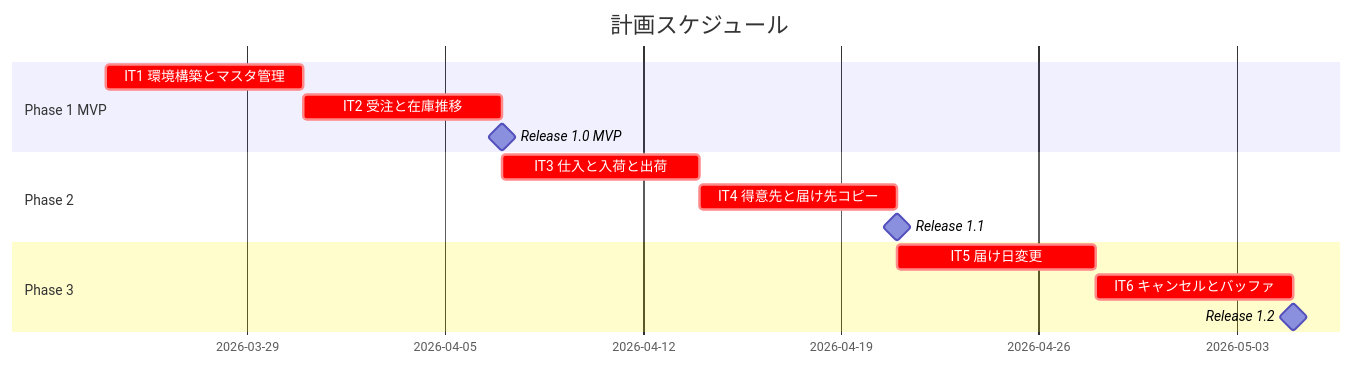
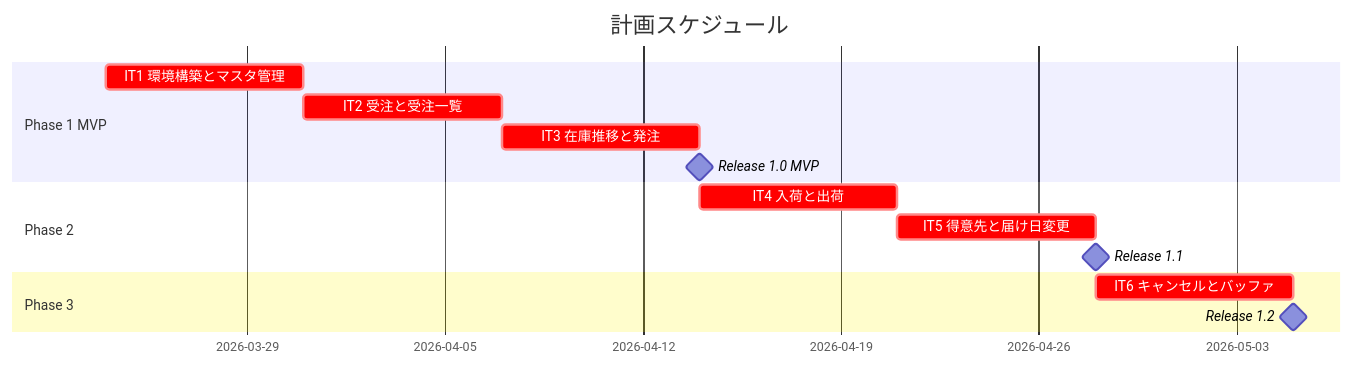
One commit to k2works/case-study-sdd-development changed the first of 2 diagrams in docs/development/release_plan.md. Above: the diagram before and after it, drawn with Mermaid. The commit also changed other lines of this file, not shown here.

````diff
--- a/docs/development/release_plan.md
+++ b/docs/development/release_plan.md
@@ -116,17 +116,17 @@
 ```mermaid
 gantt
     title 計画スケジュール
     dateFormat  YYYY-MM-DD
     section Phase 1 MVP
     IT1 環境構築とマスタ管理  :crit, p1-1, 2026-03-24, 7d
-    IT2 受注と在庫推移        :crit, p1-2, after p1-1, 7d
-    Release 1.0 MVP           :milestone, m1, after p1-2, 0d
+    IT2 受注と受注一覧        :crit, p1-2, after p1-1, 7d
+    IT3 在庫推移と発注        :crit, p1-3, after p1-2, 7d
+    Release 1.0 MVP           :milestone, m1, after p1-3, 0d
     section Phase 2
-    IT3 仕入と入荷と出荷      :crit, p2-1, after p1-2, 7d
-    IT4 得意先と届け先コピー  :crit, p2-2, after p2-1, 7d
+    IT4 入荷と出荷            :crit, p2-1, after p1-3, 7d
+    IT5 得意先と届け日変更    :crit, p2-2, after p2-1, 7d
     Release 1.1               :milestone, m2, after p2-2, 0d
     section Phase 3
-    IT5 届け日変更            :crit, p3-1, after p2-2, 7d
-    IT6 キャンセルとバッファ  :crit, p3-2, after p3-1, 7d
-    Release 1.2               :milestone, m3, after p3-2, 0d
+    IT6 キャンセルとバッファ  :crit, p3-1, after p2-2, 7d
+    Release 1.2               :milestone, m3, after p3-1, 0d
 ```
````
